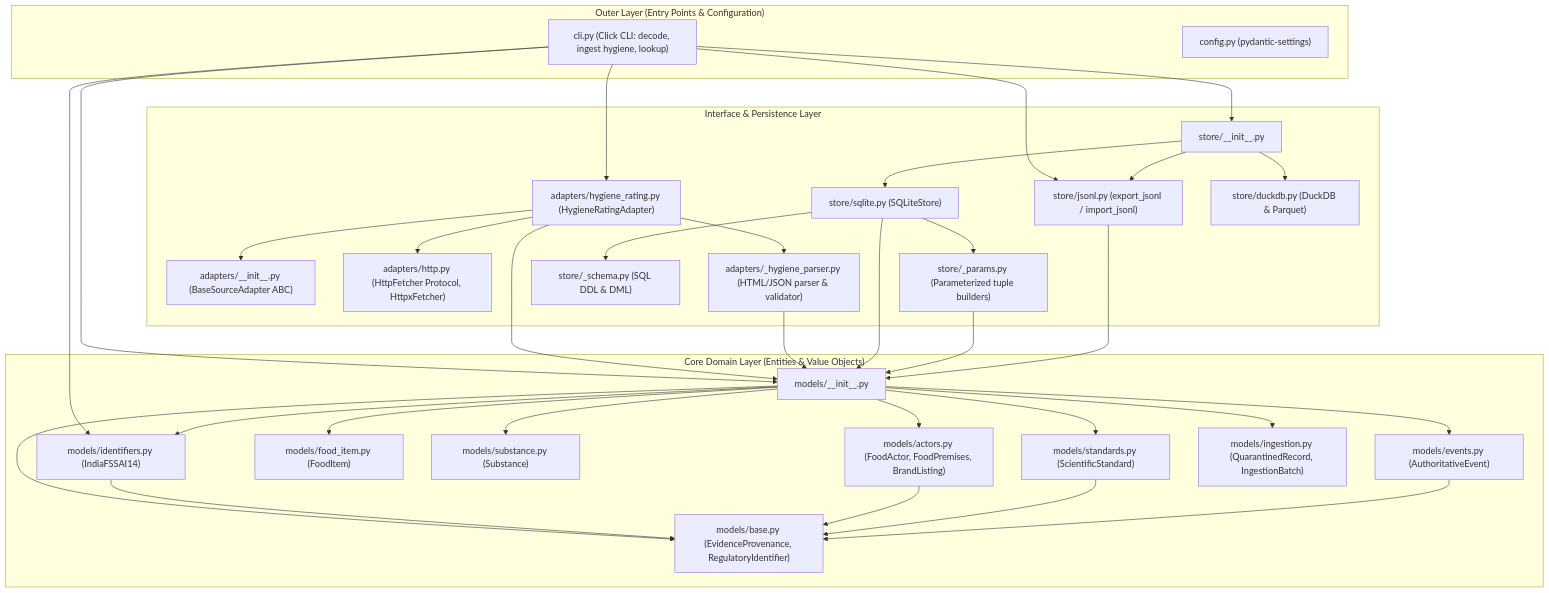
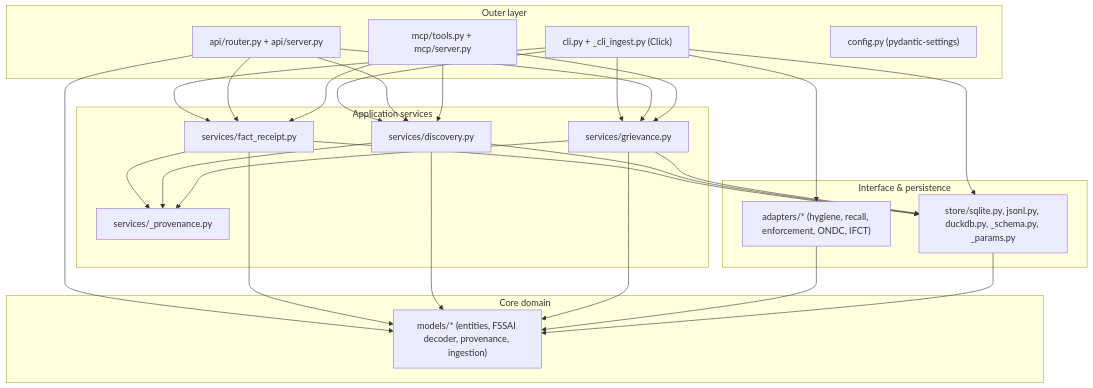
Before and after one commit to marginal-builder/india-ate: the diagram in ARCHITECTURE.md, drawn with Mermaid. The commit also changed other lines of this file and 16 other files, not shown here.

````diff
--- a/ARCHITECTURE.md
+++ b/ARCHITECTURE.md
@@ -9,66 +22,49 @@
 ```mermaid
 flowchart TD
-    subgraph Outer["Outer Layer (Entry Points & Configuration)"]
-        CLI["cli.py (Click CLI: decode, ingest hygiene, lookup)"]
+    subgraph Outer["Outer layer"]
+        CLI["cli.py + _cli_ingest.py (Click)"]
+        API["api/router.py + api/server.py"]
+        MCP["mcp/tools.py + mcp/server.py"]
         CFG["config.py (pydantic-settings)"]
     end
 
-    subgraph Interface["Interface & Persistence Layer"]
-        ADP_INIT["adapters/__init__.py (BaseSourceAdapter ABC)"]
-        ADP_HTTP["adapters/http.py (HttpFetcher Protocol, HttpxFetcher)"]
-        ADP_HYG["adapters/hygiene_rating.py (HygieneRatingAdapter)"]
-        ADP_PAR["adapters/_hygiene_parser.py (HTML/JSON parser & validator)"]
-        ST_INIT["store/__init__.py"]
-        ST_SQL["store/sqlite.py (SQLiteStore)"]
-        ST_SCH["store/_schema.py (SQL DDL & DML)"]
-        ST_PRM["store/_params.py (Parameterized tuple builders)"]
-        ST_JSL["store/jsonl.py (export_jsonl / import_jsonl)"]
-        ST_DDB["store/duckdb.py (DuckDB & Parquet)"]
+    subgraph Services["Application services"]
+        S_FACT["services/fact_receipt.py"]
+        S_DISC["services/discovery.py"]
+        S_GRV["services/grievance.py"]
+        S_PROV["services/_provenance.py"]
     end
 
-    subgraph Core["Core Domain Layer (Entities & Value Objects)"]
-        M_INIT["models/__init__.py"]
-        M_BASE["models/base.py (EvidenceProvenance, RegulatoryIdentifier)"]
-        M_ID["models/identifiers.py (IndiaFSSAI14)"]
-        M_ACT["models/actors.py (FoodActor, FoodPremises, BrandListing)"]
-        M_ITEM["models/food_item.py (FoodItem)"]
-        M_SUB["models/substance.py (Substance)"]
-        M_STD["models/standards.py (ScientificStandard)"]
-        M_EVT["models/events.py (AuthoritativeEvent)"]
-        M_ING["models/ingestion.py (QuarantinedRecord, IngestionBatch)"]
+    subgraph Interface["Interface & persistence"]
+        ADP["adapters/* (hygiene, recall, enforcement, ONDC, IFCT)"]
+        ST["store/sqlite.py, jsonl.py, duckdb.py, _schema.py, _params.py"]
     end
 
-    CLI --> ADP_HYG
-    CLI --> M_INIT
-    CLI --> M_ID
-    CLI --> ST_INIT
-    CLI --> ST_JSL
+    subgraph Core["Core domain"]
+        M["models/* (entities, FSSAI decoder, provenance, ingestion)"]
+    end
 
-    ADP_HYG --> ADP_INIT
-    ADP_HYG --> ADP_HTTP
-    ADP_HYG --> ADP_PAR
-    ADP_HYG --> M_INIT
-    ADP_PAR --> M_INIT
-
-    ST_INIT --> ST_SQL
-    ST_INIT --> ST_JSL
-    ST_INIT --> ST_DDB
-    ST_SQL --> ST_SCH
-    ST_SQL --> ST_PRM
-    ST_SQL --> M_INIT
-    ST_PRM --> M_INIT
-    ST_JSL --> M_INIT
-
-    M_INIT --> M_BASE
-    M_INIT --> M_ID
-    M_INIT --> M_ACT
-    M_INIT --> M_ITEM
-    M_INIT --> M_SUB
-    M_INIT --> M_STD
-    M_INIT --> M_EVT
-    M_INIT --> M_ING
-    M_ID --> M_BASE
-    M_ACT --> M_BASE
-    M_STD --> M_BASE
-    M_EVT --> M_BASE
+    CLI --> S_FACT
+    CLI --> S_DISC
+    CLI --> S_GRV
+    CLI --> ADP
+    CLI --> ST
+    API --> S_FACT
+    API --> S_DISC
+    API --> S_GRV
+    API --> M
+    MCP --> S_FACT
+    MCP --> S_DISC
+    MCP --> S_GRV
+    S_FACT --> S_PROV
+    S_DISC --> S_PROV
+    S_GRV --> S_PROV
+    S_FACT --> ST
+    S_DISC --> ST
+    S_GRV --> ST
+    S_FACT --> M
+    S_DISC --> M
+    S_GRV --> M
+    ADP --> M
+    ST --> M
 ```
````
